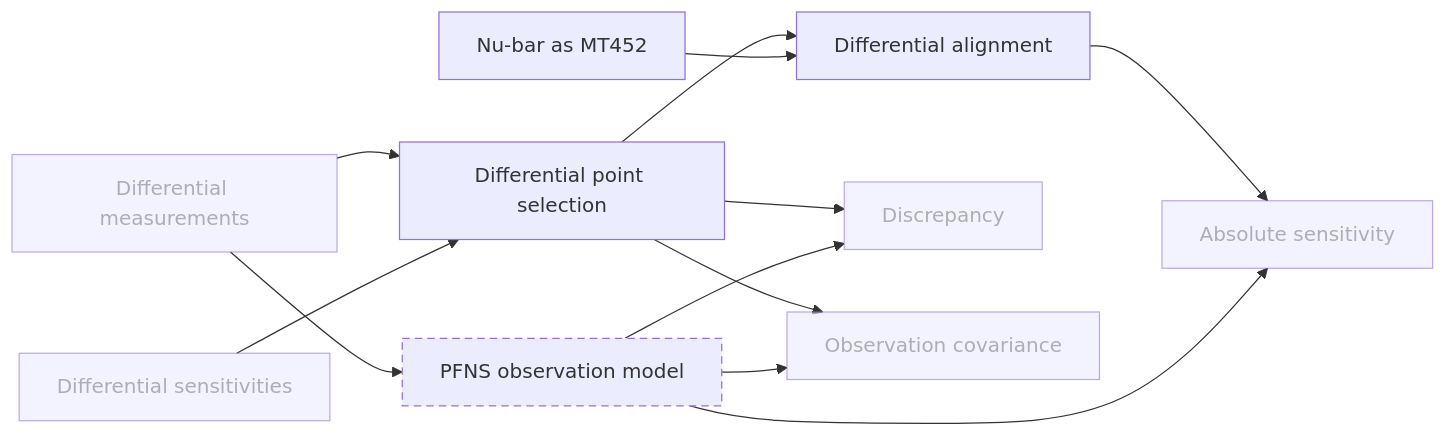
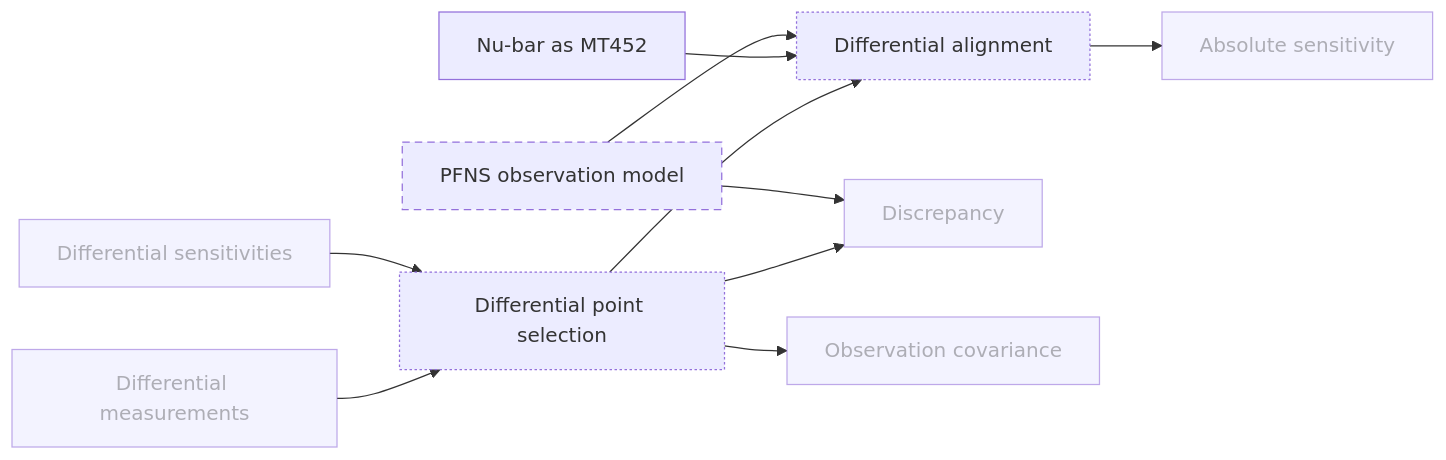
Before and after one commit to aurja130/WPEC_SG52: the sixth of 10 diagrams in DBC/CONCEPTS.md, drawn with Mermaid. The commit also changed other lines of this file and 2 other files, not shown here.

First line of the commit message:
Fix the Exercise 5 contract: Marini and Keegan PFNS from release 4

````diff
--- a/DBC/CONCEPTS.md
+++ b/DBC/CONCEPTS.md
@@ -298,22 +298,23 @@
 ```mermaid
 flowchart LR
   DifferentialSet["Differential measurements"]
   DifferentialSensitivities["Differential sensitivities"]
   DifferentialSelection["Differential point selection"]
   NubarAsTotal["Nu-bar as MT452"]
   DifferentialAlignment["Differential alignment"]
   Discrepancy["Discrepancy"]
   AbsoluteSensitivity["Absolute sensitivity"]
   ObservationCovariance["Observation covariance"]
   PfnsObservationModel["PFNS observation model"]
   DifferentialSet & DifferentialSensitivities --> DifferentialSelection
   DifferentialSelection --> Discrepancy & ObservationCovariance
-  DifferentialSelection & NubarAsTotal --> DifferentialAlignment
+  DifferentialSelection & NubarAsTotal & PfnsObservationModel --> DifferentialAlignment
+  PfnsObservationModel --> Discrepancy
   DifferentialAlignment --> AbsoluteSensitivity
-  DifferentialSet --> PfnsObservationModel
-  PfnsObservationModel --> Discrepancy & AbsoluteSensitivity & ObservationCovariance
   classDef planned stroke-dasharray: 6 4
+  classDef partial stroke-dasharray: 2 2
   classDef external opacity: 0.6
+  class DifferentialSelection,DifferentialAlignment partial
   class PfnsObservationModel planned
   class DifferentialSet,DifferentialSensitivities,Discrepancy,AbsoluteSensitivity,ObservationCovariance external
 ```
````
